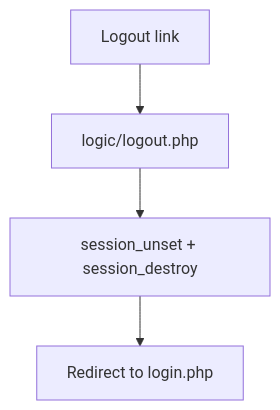
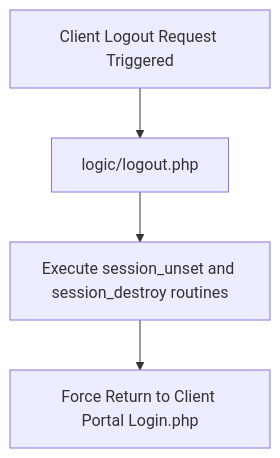
Before and after one commit to Nazonokage/Inubrahan-User-Portal: the sixth of 6 diagrams in readme.md, drawn with Mermaid. The commit also changed other lines of this file, not shown here.

````diff
--- a/readme.md
+++ b/readme.md
@@ -134,6 +144,7 @@
 ```mermaid
 flowchart TD
-  A[Logout link] --> B[logic/logout.php]
-  B --> C[session_unset + session_destroy]
-  C --> D[Redirect to login.php]
+    A[Client Logout Request Triggered] --> B[logic/logout.php]
+    B --> C[Execute session_unset and session_destroy routines]
+    C --> D[Force Return to Client Portal Login.php]
+
 ```
````
